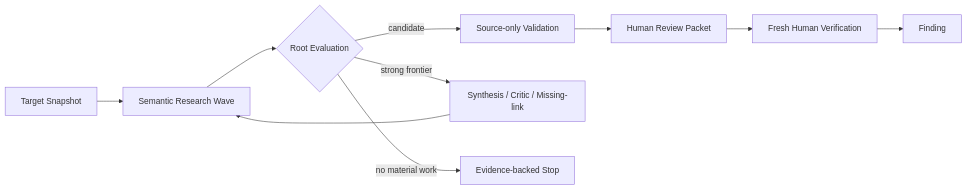
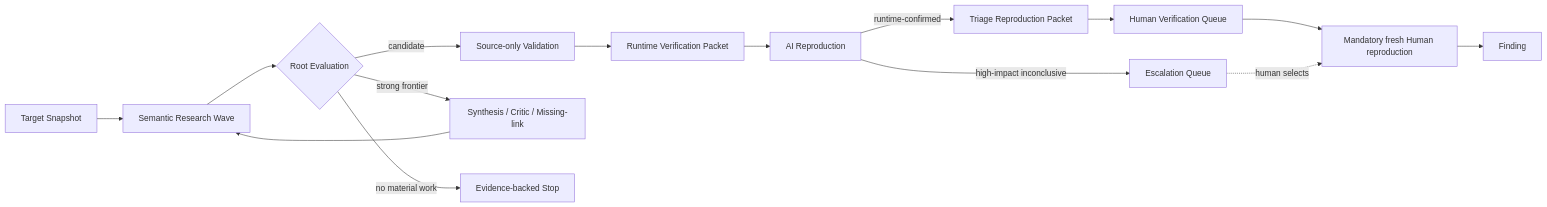
One commit to momoponwork1415-lgtm/wordpress-harness changed the diagram in docs/ARCHITECTURE.md. Above: the diagram before and after it, drawn with Mermaid. The commit also changed other lines of this file and 12 other files, not shown here.

Commit message:
Adopt AI-assisted human verification design

````diff
--- a/docs/ARCHITECTURE.md
+++ b/docs/ARCHITECTURE.md
@@ -38,12 +38,17 @@
 ```mermaid
 flowchart LR
     target["Target Snapshot"] --> wave["Semantic Research Wave"]
     wave --> eval{"Root Evaluation"}
     eval -->|"candidate"| validation["Source-only Validation"]
     eval -->|"strong frontier"| depth["Synthesis / Critic / Missing-link"]
     depth --> wave
     eval -->|"no material work"| close["Evidence-backed Stop"]
-    validation --> packet["Human Review Packet"]
-    packet --> human["Fresh Human Verification"]
+    validation --> packet["Runtime Verification Packet"]
+    packet --> assistant["AI Reproduction"]
+    assistant -->|"runtime-confirmed"| triage["Triage Reproduction Packet"]
+    assistant -->|"high-impact inconclusive"| escalation["Escalation Queue"]
+    triage --> normal["Human Verification Queue"]
+    normal --> human["Mandatory fresh Human reproduction"]
+    escalation -.->|"human selects"| human
     human --> finding["Finding"]
 ```
````
